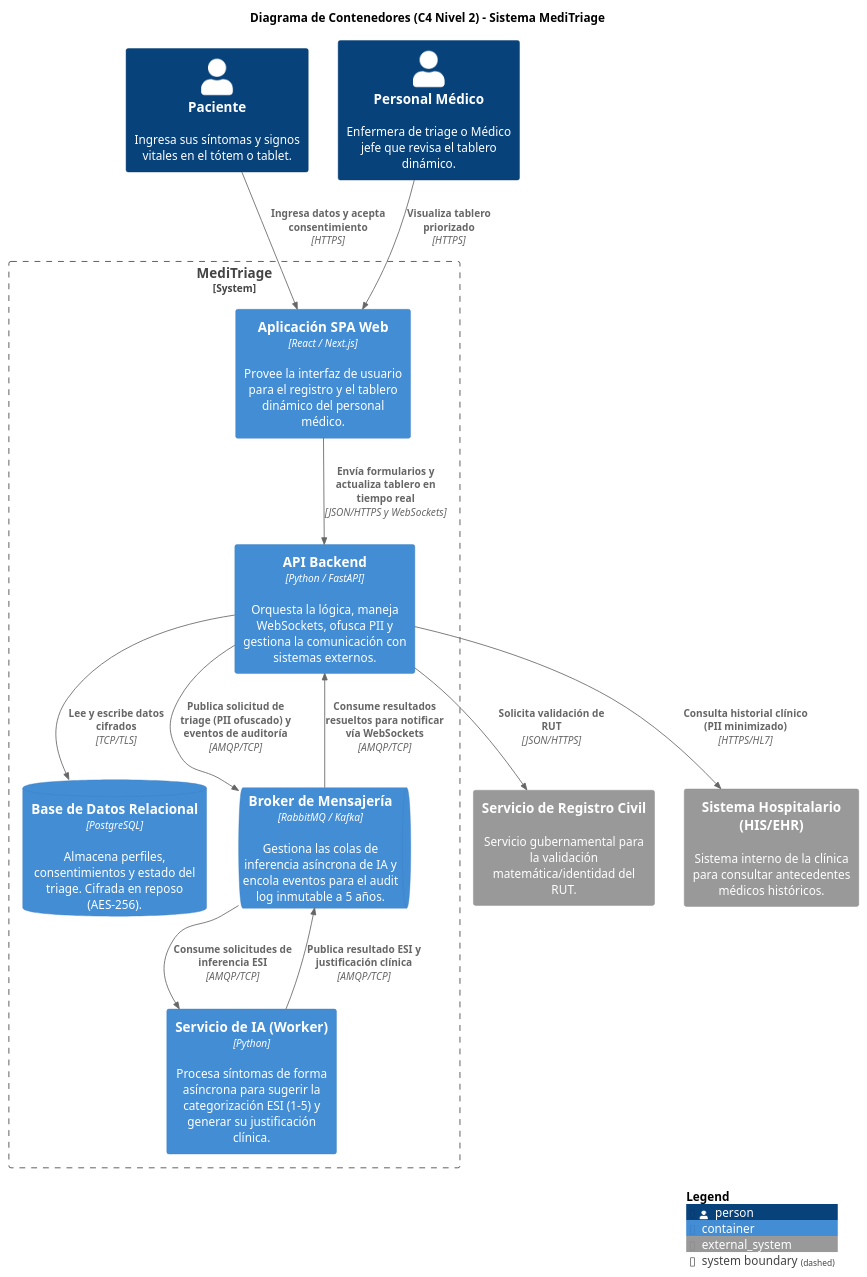
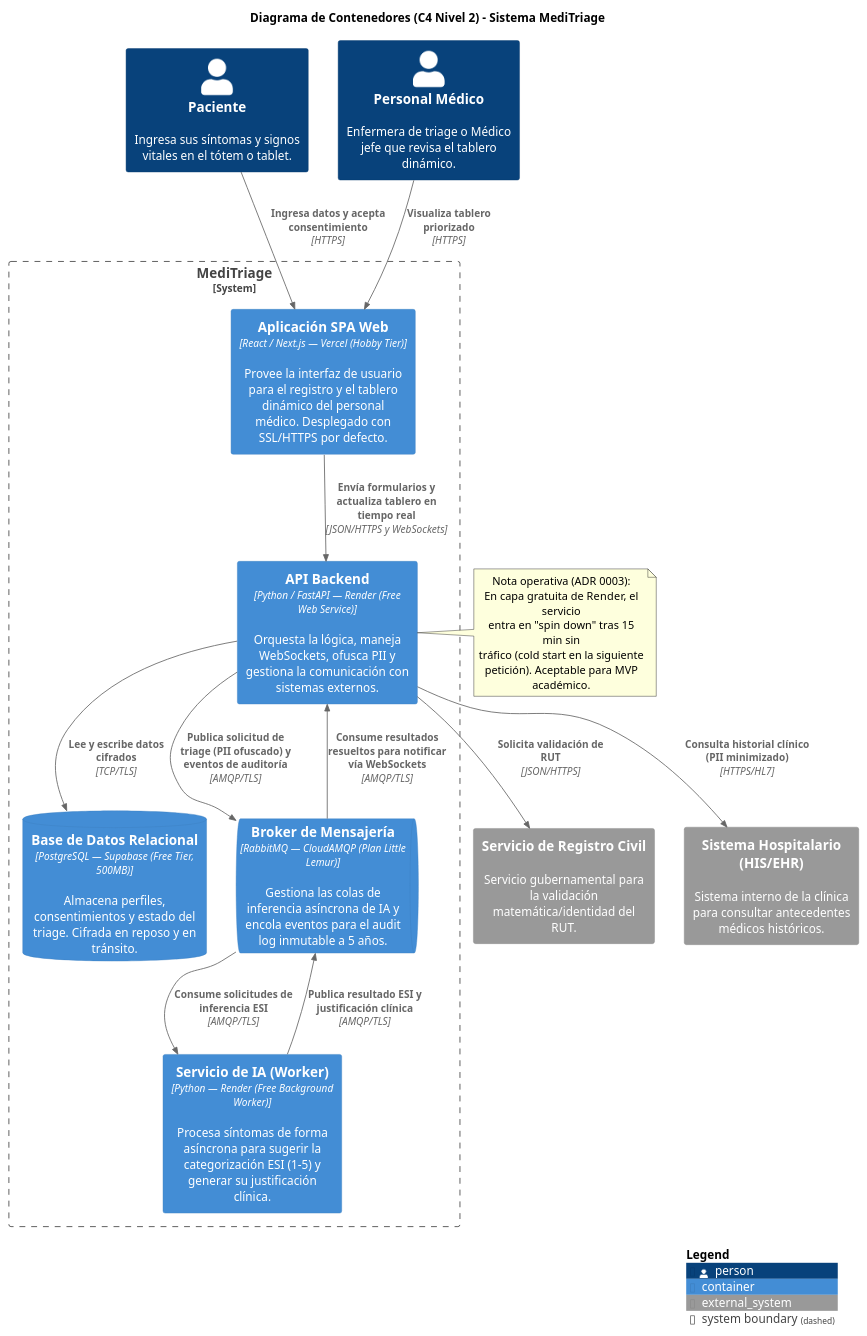
The diagram in docs/c4/l2-container.puml (DrrFunky/equipo-ESSIA-meditriage), drawn with PlantUML before and after one commit.

Commit message:
Update l2-container.puml
docs: actualizar C4 L2 con servicios managed del ADR 0003

Reemplaza las tecnologías genéricas del diagrama de contenedores
por los servicios cloud específicos elegidos en el ADR 0003:

- Aplicación SPA Web -> Vercel (Hobby Tier)
- API Backend + Worker IA -> Render (Free Web Service / Background Worker)
- Base de Datos Relacional -> Supabase (Free Tier)
- Broker de Mensajería -> CloudAMQP (plan Little Lemur)

Se agrega nota sobre el trade-off de cold start en la capa
gratuita de Render, documentado también en el ADR 0003.

```diff
--- a/docs/c4/l2-container.puml
+++ b/docs/c4/l2-container.puml
@@ -1,40 +1,49 @@
 @startuml C4_Elements
 !include https://raw.githubusercontent.com/plantuml-stdlib/C4-PlantUML/master/C4_Container.puml
 
 title Diagrama de Contenedores (C4 Nivel 2) - Sistema MediTriage
+' Actualizado en ADR 0003: tecnologías genéricas reemplazadas por servicios managed
 
 Person(paciente, "Paciente", "Ingresa sus síntomas y signos vitales en el tótem o tablet.")
 Person(medico, "Personal Médico", "Enfermera de triage o Médico jefe que revisa el tablero dinámico.")
 
 System_Boundary(meditriage, "MediTriage") {
     
-    Container(spa, "Aplicación SPA Web", "React / Next.js", "Provee la interfaz de usuario para el registro y el tablero dinámico del personal médico.")
+    Container(spa, "Aplicación SPA Web", "React / Next.js — Vercel (Hobby Tier)", "Provee la interfaz de usuario para el registro y el tablero dinámico del personal médico. Desplegado con SSL/HTTPS por defecto.")
     
-    Container(api, "API Backend", "Python / FastAPI", "Orquesta la lógica, maneja WebSockets, ofusca PII y gestiona la comunicación con sistemas externos.")
+    Container(api, "API Backend", "Python / FastAPI — Render (Free Web Service)", "Orquesta la lógica, maneja WebSockets, ofusca PII y gestiona la comunicación con sistemas externos.")
     
-    Container(worker_ia, "Servicio de IA (Worker)", "Python", "Procesa síntomas de forma asíncrona para sugerir la categorización ESI (1-5) y generar su justificación clínica.")
+    Container(worker_ia, "Servicio de IA (Worker)", "Python — Render (Free Background Worker)", "Procesa síntomas de forma asíncrona para sugerir la categorización ESI (1-5) y generar su justificación clínica.")
     
-    ContainerDb(db, "Base de Datos Relacional", "PostgreSQL", "Almacena perfiles, consentimientos y estado del triage. Cifrada en reposo (AES-256).")
+    ContainerDb(db, "Base de Datos Relacional", "PostgreSQL — Supabase (Free Tier, 500MB)", "Almacena perfiles, consentimientos y estado del triage. Cifrada en reposo y en tránsito.")
     
-    ContainerQueue(broker, "Broker de Mensajería", "RabbitMQ / Kafka", "Gestiona las colas de inferencia asíncrona de IA y encola eventos para el audit log inmutable a 5 años.")
+    ContainerQueue(broker, "Broker de Mensajería", "RabbitMQ — CloudAMQP (Plan Little Lemur)", "Gestiona las colas de inferencia asíncrona de IA y encola eventos para el audit log inmutable a 5 años.")
 }
 
 System_Ext(registro_civil, "Servicio de Registro Civil", "Servicio gubernamental para la validación matemática/identidad del RUT.")
 System_Ext(his_ehr, "Sistema Hospitalario (HIS/EHR)", "Sistema interno de la clínica para consultar antecedentes médicos históricos.")
 
 Rel(paciente, spa, "Ingresa datos y acepta consentimiento", "HTTPS")
 Rel(medico, spa, "Visualiza tablero priorizado", "HTTPS")
 
 Rel(spa, api, "Envía formularios y actualiza tablero en tiempo real", "JSON/HTTPS y WebSockets", $tags="port:443")
 Rel(api, db, "Lee y escribe datos cifrados", "TCP/TLS", $tags="port:5432")
 
-Rel(api, broker, "Publica solicitud de triage (PII ofuscado) y eventos de auditoría", "AMQP/TCP", $tags="port:5672")
-Rel(broker, worker_ia, "Consume solicitudes de inferencia ESI", "AMQP/TCP", $tags="port:5672")
-Rel(worker_ia, broker, "Publica resultado ESI y justificación clínica", "AMQP/TCP", $tags="port:5672")
-Rel(broker, api, "Consume resultados resueltos para notificar vía WebSockets", "AMQP/TCP", $tags="port:5672")
+Rel(api, broker, "Publica solicitud de triage (PII ofuscado) y eventos de auditoría", "AMQP/TLS", $tags="port:5672")
+Rel(broker, worker_ia, "Consume solicitudes de inferencia ESI", "AMQP/TLS", $tags="port:5672")
+Rel(worker_ia, broker, "Publica resultado ESI y justificación clínica", "AMQP/TLS", $tags="port:5672")
+Rel(broker, api, "Consume resultados resueltos para notificar vía WebSockets", "AMQP/TLS", $tags="port:5672")
 
 Rel(api, registro_civil, "Solicita validación de RUT", "JSON/HTTPS")
 Rel(api, his_ehr, "Consulta historial clínico (PII minimizado)", "HTTPS/HL7")
 
+note right of api
+  Nota operativa (ADR 0003):
+  En capa gratuita de Render, el servicio
+  entra en "spin down" tras 15 min sin
+  tráfico (cold start en la siguiente
+  petición). Aceptable para MVP académico.
+end note
+
 SHOW_LEGEND()
 @enduml
```
